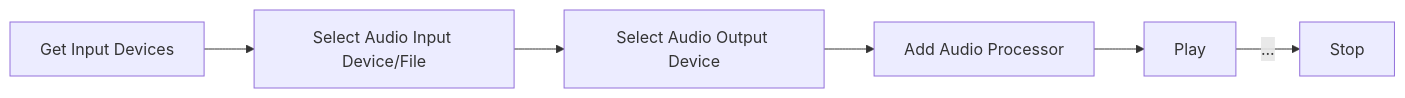
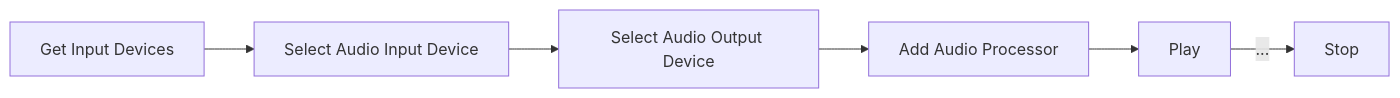
One commit to aidan-clyens/miniaudioengine changed the seventh of 21 diagrams in docs/DESIGN_DOC.md. Above: the diagram before and after it, drawn with Mermaid. The commit also changed other lines of this file, not shown here.

````diff
--- a/docs/DESIGN_DOC.md
+++ b/docs/DESIGN_DOC.md
@@ -214,16 +220,16 @@
 ```mermaid
 flowchart LR
 
     Step1["Get Input Devices"]
-    Step2["Select Audio Input Device/File"]
+    Step2["Select Audio Input Device"]
     Step3["Select Audio Output Device"]
     Step4["Add Audio Processor"]
     Step5["Play"]
     Step6["Stop"]
 
     Step1 --> Step2
     Step2 --> Step3
     Step3 --> Step4
     Step4 --> Step5
     Step5 --> |...|Step6
 ```
````
